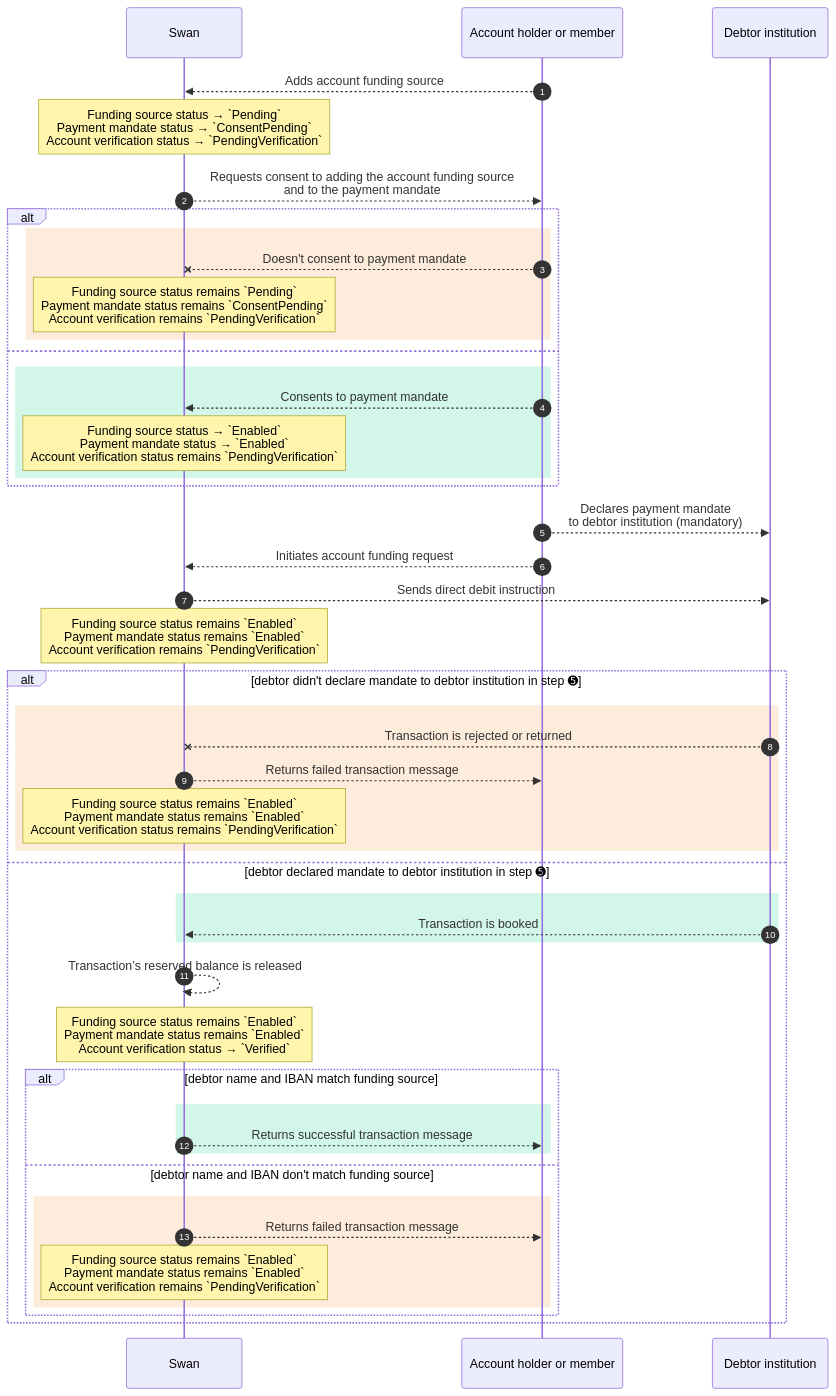
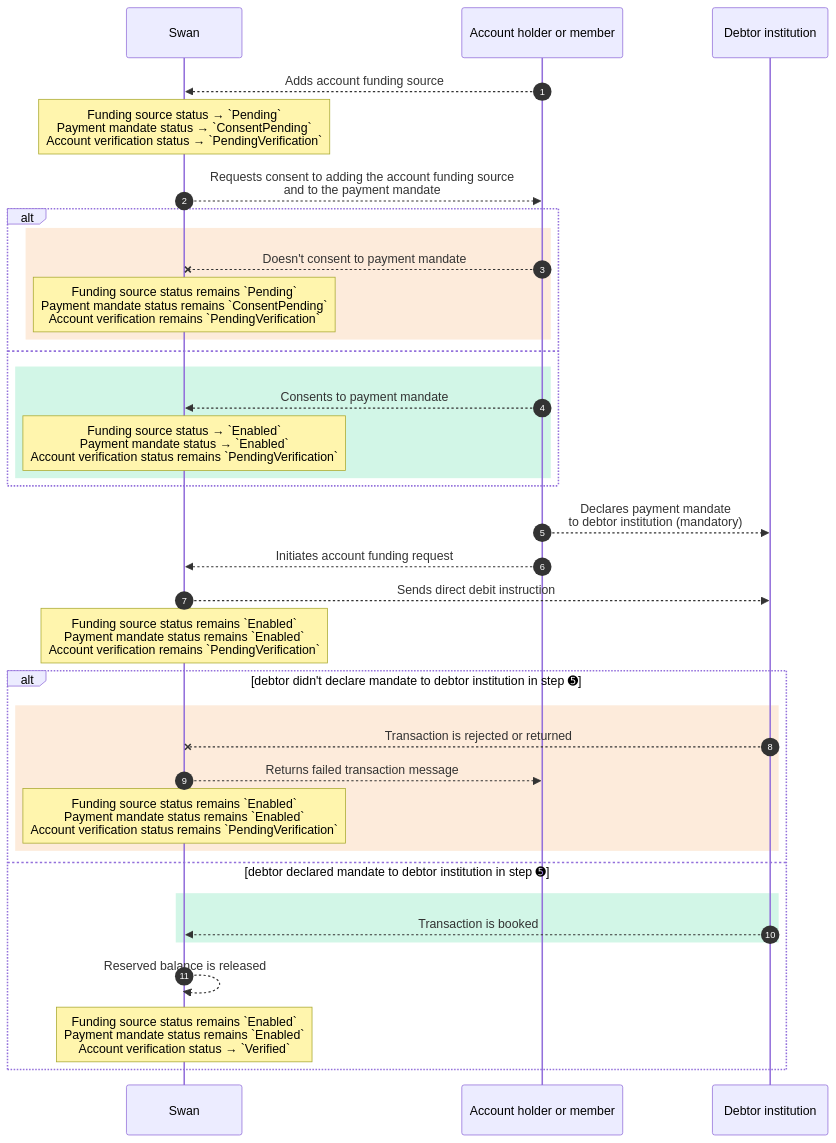
The fourth of 4 diagrams in docs/topics/accounts/funding/index.mdx (swan-io/docs), drawn with Mermaid before and after one commit. The commit also changed other lines of this file, not shown here.

Commit message:
fixup! DOC-863 Improve account funding docs

````diff
--- a/docs/topics/accounts/funding/index.mdx
+++ b/docs/topics/accounts/funding/index.mdx
@@ -165,48 +165,38 @@
 ```mermaid
 sequenceDiagram
     autonumber
     participant S as Swan
     participant A as Account holder or member
     participant D as Debtor institution
     A-->>S: Adds account funding source
     Note over S: Funding source status → `Pending`<br />Payment mandate status → `ConsentPending`<br />Account verification status → `PendingVerification`
     S-->>A: Requests consent to adding the account funding source<br />and to the payment mandate
     alt
     rect rgb(253, 235, 219)
     A--xS: Doesn't consent to payment mandate
     Note over S: Funding source status remains `Pending`<br />Payment mandate status remains `ConsentPending`<br />Account verification remains `PendingVerification`
     end
     else
     rect rgb(210 246 231)
     A-->>S: Consents to payment mandate
     Note over S: Funding source status → `Enabled`<br />Payment mandate status → `Enabled`<br />Account verification status remains `PendingVerification`
     end
     end
     A-->>D: Declares payment mandate<br />to debtor institution (mandatory)
     A-->>S: Initiates account funding request
     S-->>D: Sends direct debit instruction
     Note over S: Funding source status remains `Enabled`<br />Payment mandate status remains `Enabled`<br />Account verification remains `PendingVerification`
     alt debtor didn't declare mandate to debtor institution in step ➎
     rect rgb(253, 235, 219)
         D--xS: Transaction is rejected or returned
         S-->>A: Returns failed transaction message
         Note over S: Funding source status remains `Enabled`<br />Payment mandate status remains `Enabled`<br />Account verification status remains `PendingVerification`
     end
     else debtor declared mandate to debtor institution in step ➎
         rect rgb(210 246 231)
         D-->>S: Transaction is booked
         end
-        S-->>S: Transaction’s reserved balance is released
+        S-->>S: Reserved balance is released
         Note over S: Funding source status remains `Enabled`<br />Payment mandate status remains `Enabled`<br />Account verification status → `Verified`
-        alt debtor name and IBAN match funding source
-            rect rgb(210 246 231)
-            S-->>A: Returns successful transaction message
-        end
-        else debtor name and IBAN don't match funding source
-        rect rgb(253, 235, 219)
-        S-->>A: Returns failed transaction message
-        Note over S: Funding source status remains `Enabled`<br />Payment mandate status remains `Enabled`<br />Account verification remains `PendingVerification`
-        end
-        end
     end
 ```
````
